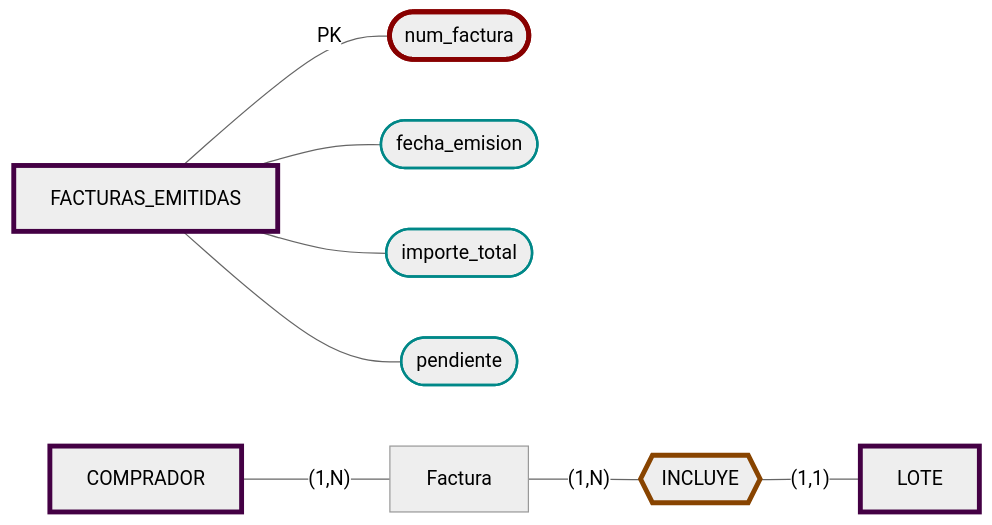
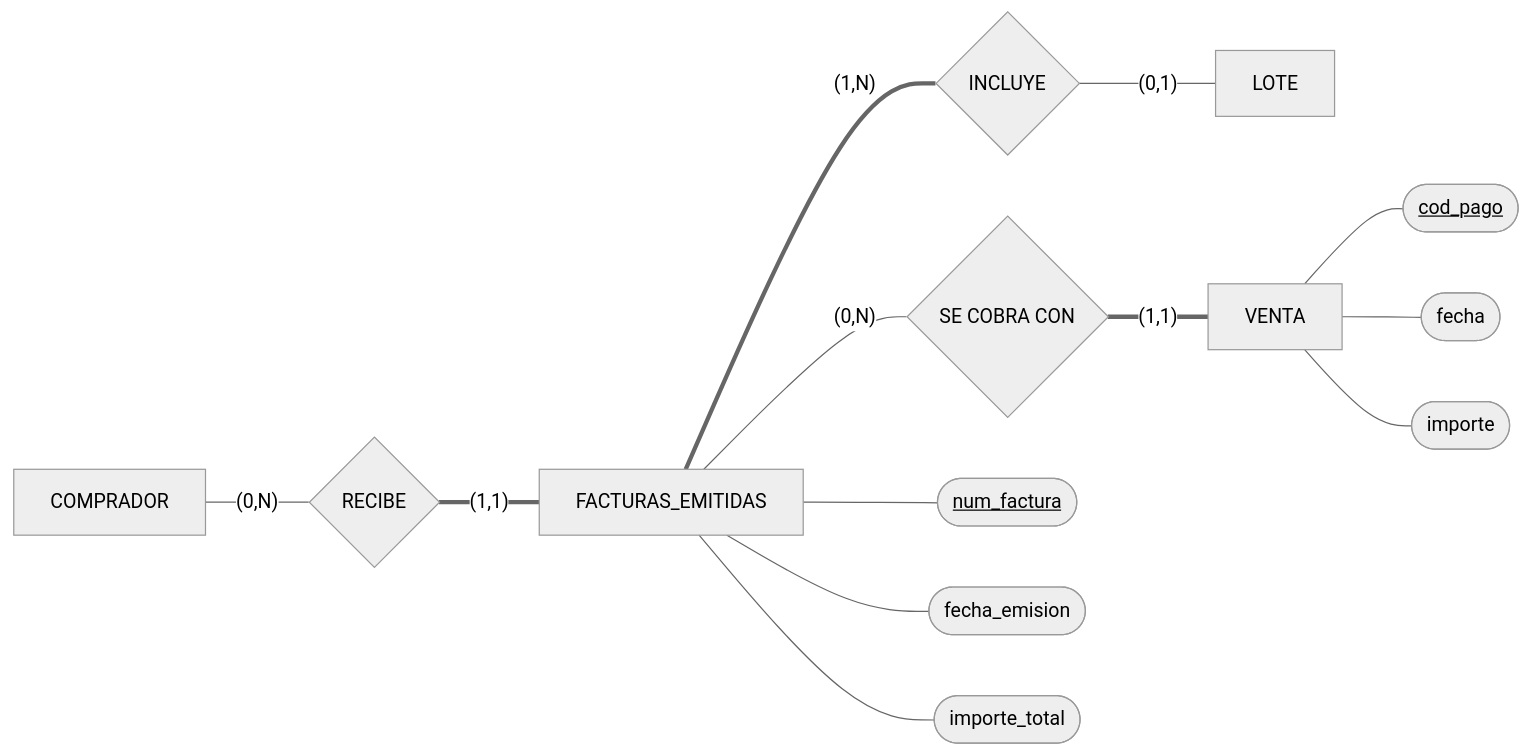
Before and after one commit to JulTob/BasesDeDatos: the diagram in Practica/P1/Schema/Facturas.md, drawn with Mermaid (neutral theme). The commit also changed other lines of this file and 16 other files, not shown here.

````diff
--- a/Practica/P1/Schema/Facturas.md
+++ b/Practica/P1/Schema/Facturas.md
@@ -18,28 +9,16 @@
 ```mermaid
 flowchart LR
-  classDef atributo stroke:#088,stroke-width:2px;
-  classDef derivado stroke-width:3px, stroke-dasharray:3 3;
-  classDef pk stroke:#800,stroke-width:4px;
-  classDef fk stroke:#080,stroke-width:4px;
-  classDef entidad stroke:#404,stroke-width:4px;
-  classDef multientidad stroke:#808,stroke-width:8px;
-  classDef pkfk stroke:#880,stroke-width:4px;
-  classDef relacion stroke:#840,stroke-width:4px;
+  Comprador[COMPRADOR] ---|"(0,N)"| Recibe{RECIBE}
+  Recibe ===|"(1,1)"| Emitidas[FACTURAS_EMITIDAS]
+  Emitidas ===|"(1,N)"| Incluye{INCLUYE}
+  Incluye ---|"(0,1)"| Lote[LOTE]
+  Emitidas ---|"(0,N)"| Cobro{SE COBRA CON}
+  Cobro ===|"(1,1)"| Venta[VENTA]
 
-
-  Comprador[COMPRADOR]:::entidad
-  Emitidas[FACTURAS_EMITIDAS]:::entidad
-  Lote[LOTE]:::entidad
-  Incluye{{INCLUYE}}:::relacion
-
-  Emitidas ---|PK| num_fact([num_factura]):::pk 
-  Emitidas --- fecha_emision([fecha_emision]):::atributo  
-  Emitidas --- importe_total([importe_total]):::atributo 
-  Emitidas --- pendiente([pendiente]):::atributo 
-
-  Factura ---|"(1,N)"| Incluye
-  Incluye ---|"(1,1)"| Lote
-
-  Comprador ---|"(1,N)"| Factura
-
+  Emitidas --- num_fact(["<u>num_factura</u>"])
+  Emitidas --- fecha_emision([fecha_emision])
+  Emitidas --- importe_total([importe_total])
+  Venta --- cod_pago(["<u>cod_pago</u>"])
+  Venta --- fecha([fecha])
+  Venta --- importe([importe])
 ```
````
